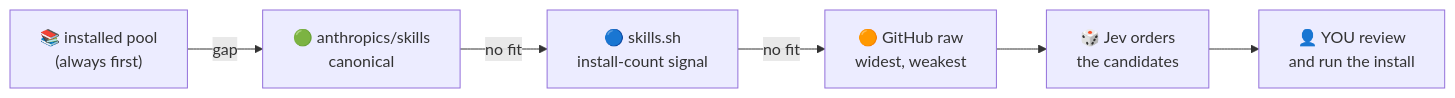
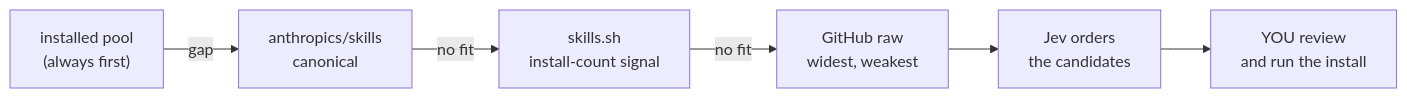
One commit to ils15/pantheon-opencode changed the third of 4 diagrams in README.md. Above: the diagram before and after it, drawn with Mermaid. The commit also changed other lines of this file and 63 other files, not shown here.

````diff
--- a/README.md
+++ b/README.md
@@ -51,8 +47,8 @@
 ```mermaid
 flowchart LR
-    L["📚 installed pool<br/>(always first)"] -->|"gap"| C1["🟢 anthropics/skills<br/>canonical"]
-    C1 -->|"no fit"| C2["🔵 skills.sh<br/>install-count signal"]
-    C2 -->|"no fit"| C3["🟠 GitHub raw<br/>widest, weakest"]
-    C3 --> J["🎲 Jev orders<br/>the candidates"]
-    J --> P["👤 YOU review<br/>and run the install"]
+    L["installed pool<br/>(always first)"] -->|"gap"| C1["anthropics/skills<br/>canonical"]
+    C1 -->|"no fit"| C2["skills.sh<br/>install-count signal"]
+    C2 -->|"no fit"| C3["GitHub raw<br/>widest, weakest"]
+    C3 --> J["Jev orders<br/>the candidates"]
+    J --> P["YOU review<br/>and run the install"]
 ```
````
